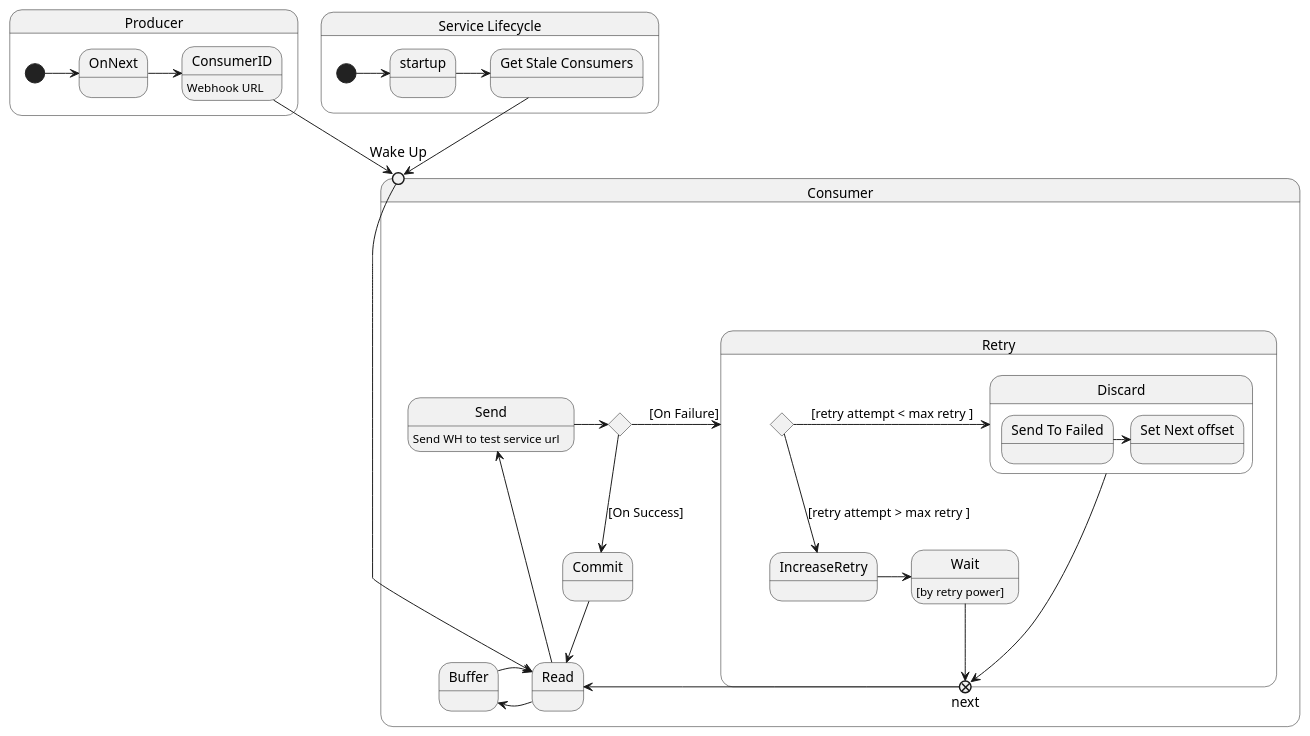
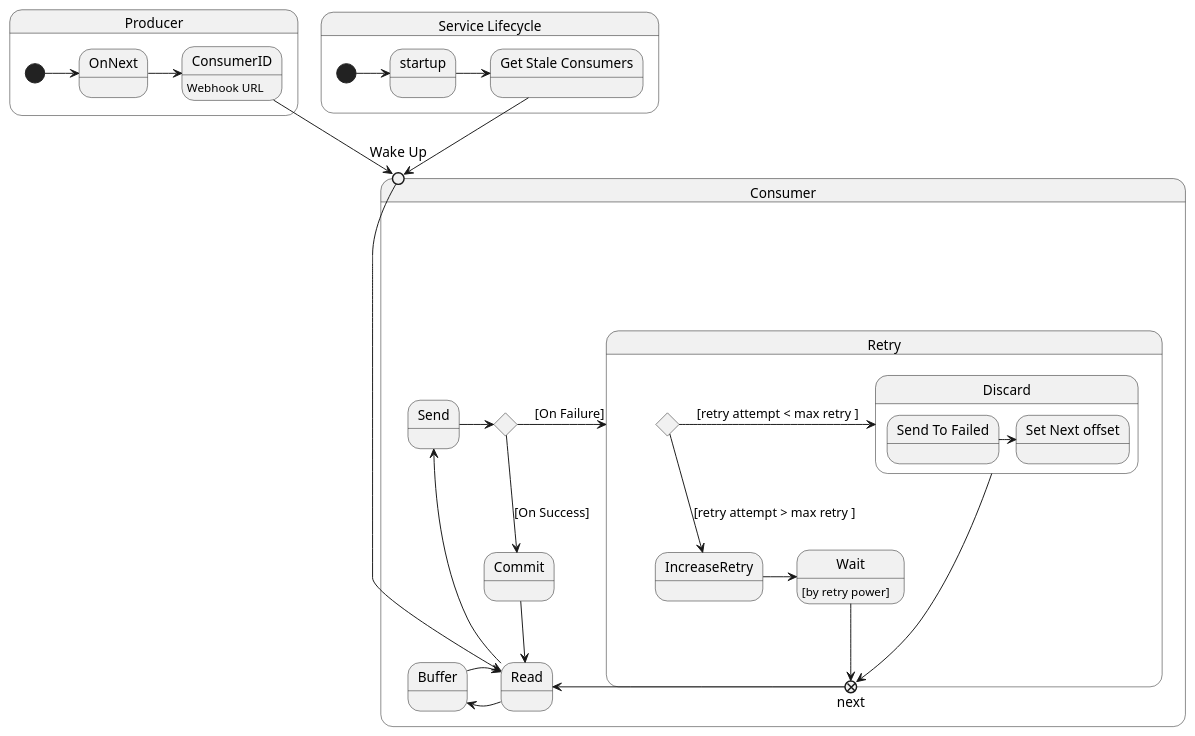
Before and after one commit to dinavinter/my_docs: the diagram in task_queues/kafka_puller_state.puml, drawn with PlantUML. The commit also changed 1 other file, not shown here.

```diff
--- a/task_queues/kafka_puller_state.puml
+++ b/task_queues/kafka_puller_state.puml
@@ -1,63 +1,63 @@
 @startuml
 skinparam monochrome true
  
 
  
   state Consumer{
  
   state "Wake Up" as WakeUp <<entrypoint>>
-  state Send: Send WH to test service url
+  state Send
 
   state c_fail <<choice>>  
  
   state "Retry" as Downtime {
     state Wait: [by retry power]
     state c_retry <<choice>>  
     state next <<exitpoint>>   
 
      state Discard   {    
            state "Send To Failed" as toFail
            state "Set Next offset" as Next  
 
            toFail-> Next
 
      } 
 
      c_retry -> Discard:[retry attempt < max retry ]
      c_retry -d-> IncreaseRetry:[retry attempt > max retry ]
      IncreaseRetry-> Wait
      Wait-d->next
      Discard->next
 
   }
  
   
   WakeUp ->  Read 
   Read -l->  Buffer
   Read -l->  Send
   Buffer -> Read 
   Send -> c_fail
   c_fail -> Downtime: [On Failure]
   c_fail -d->Commit: [On Success]
   Commit -d->Read
 
   next->Read
   }
   
   state Producer {
   state  ConsumerID: Webhook URL
     [*] -> OnNext
     OnNext-> ConsumerID
     ConsumerID -d-> WakeUp
 
   }
   
   
 state  "Service Lifecycle" as Lifecycle {
 state "Get Stale Consumers" as GetStaleConsumers
   [*] -> startup 
   startup -> GetStaleConsumers  
   GetStaleConsumers-d-> WakeUp
 }
 
 @enduml
```
